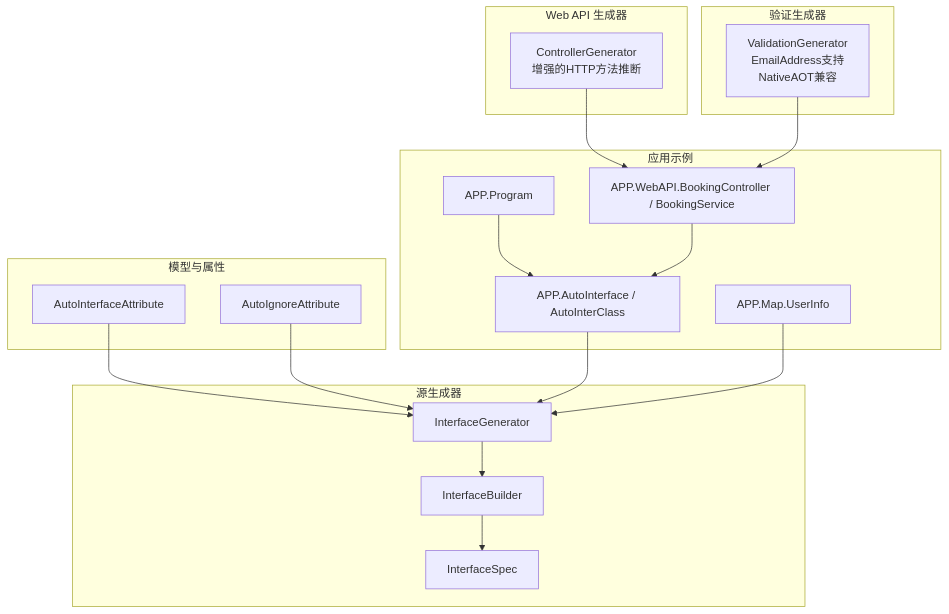
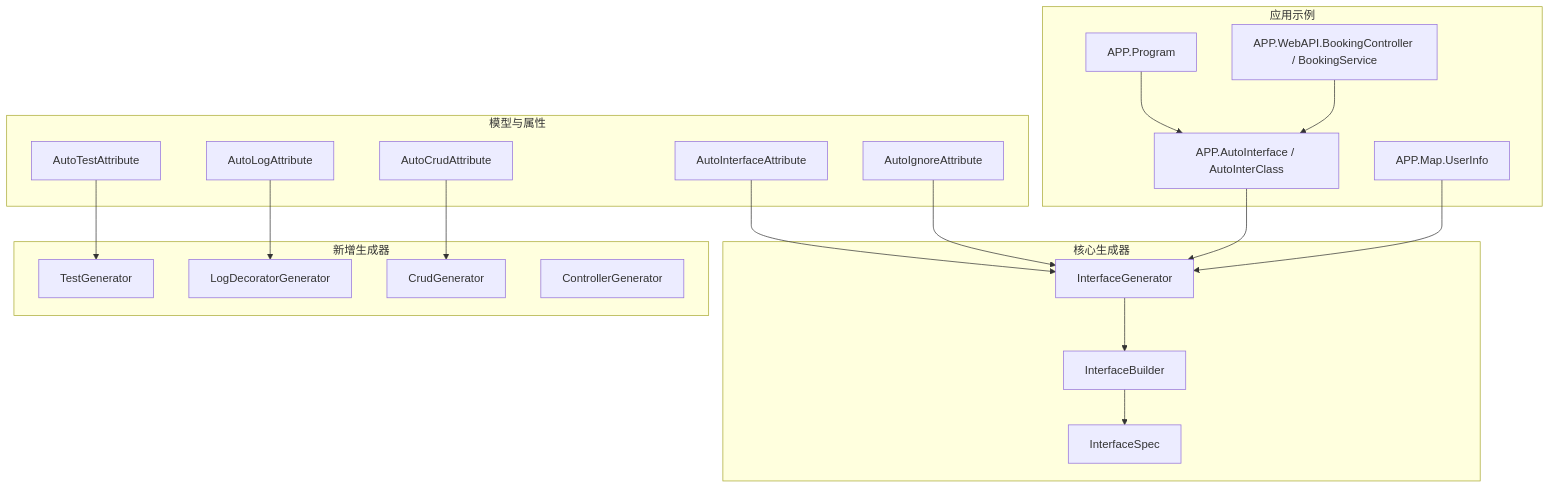
One commit to alivy/AutoCode changed the first of 7 diagrams in .qoder/repowiki/zh/content/源代码生成器/源代码生成器.md. Above: the diagram before and after it, drawn with Mermaid. The commit also changed other lines of this file and 152 other files, not shown here.

````diff
--- a/.qoder/repowiki/zh/content/源代码生成器/源代码生成器.md
+++ b/.qoder/repowiki/zh/content/源代码生成器/源代码生成器.md
@@ -71,34 +73,38 @@
 ```mermaid
 graph TB
 subgraph "模型与属性"
 M1["AutoInterfaceAttribute"]
 M2["AutoIgnoreAttribute"]
+M3["AutoTestAttribute"]
+M4["AutoLogAttribute"]
+M5["AutoCrudAttribute"]
 end
-subgraph "源生成器"
+subgraph "核心生成器"
 G1["InterfaceGenerator"]
 B1["InterfaceBuilder"]
 S1["InterfaceSpec"]
 end
-subgraph "Web API 生成器"
-C1["ControllerGenerator<br/>增强的HTTP方法推断"]
-end
-subgraph "验证生成器"
-V1["ValidationGenerator<br/>EmailAddress支持<br/>NativeAOT兼容"]
+subgraph "新增生成器"
+G2["TestGenerator"]
+G3["LogDecoratorGenerator"]
+G4["CrudGenerator"]
+G5["ControllerGenerator"]
 end
 subgraph "应用示例"
 A1["APP.Program"]
 A2["APP.AutoInterface / AutoInterClass"]
 A3["APP.Map.UserInfo"]
 A4["APP.WebAPI.BookingController / BookingService"]
 end
 M1 --> G1
 M2 --> G1
+M3 --> G2
+M4 --> G3
+M5 --> G4
 G1 --> B1
 B1 --> S1
-C1 --> A4
-V1 --> A4
 A1 --> A2
 A2 --> G1
 A3 --> G1
 A4 --> A2
 ```
````
